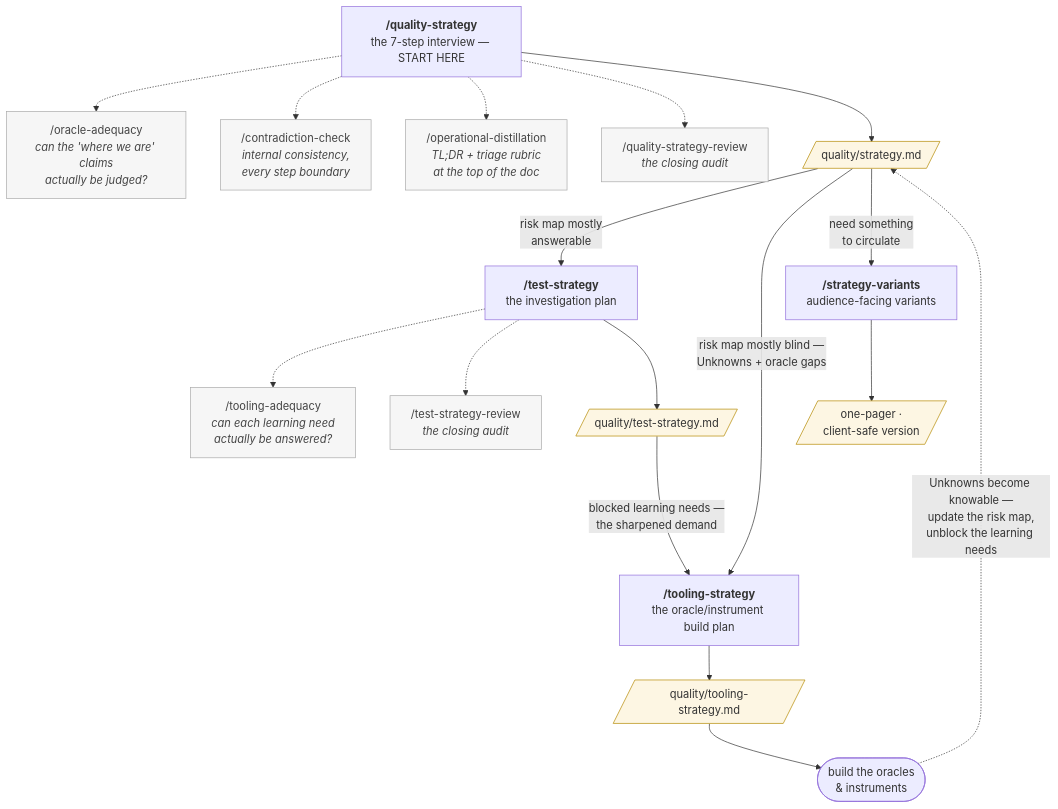
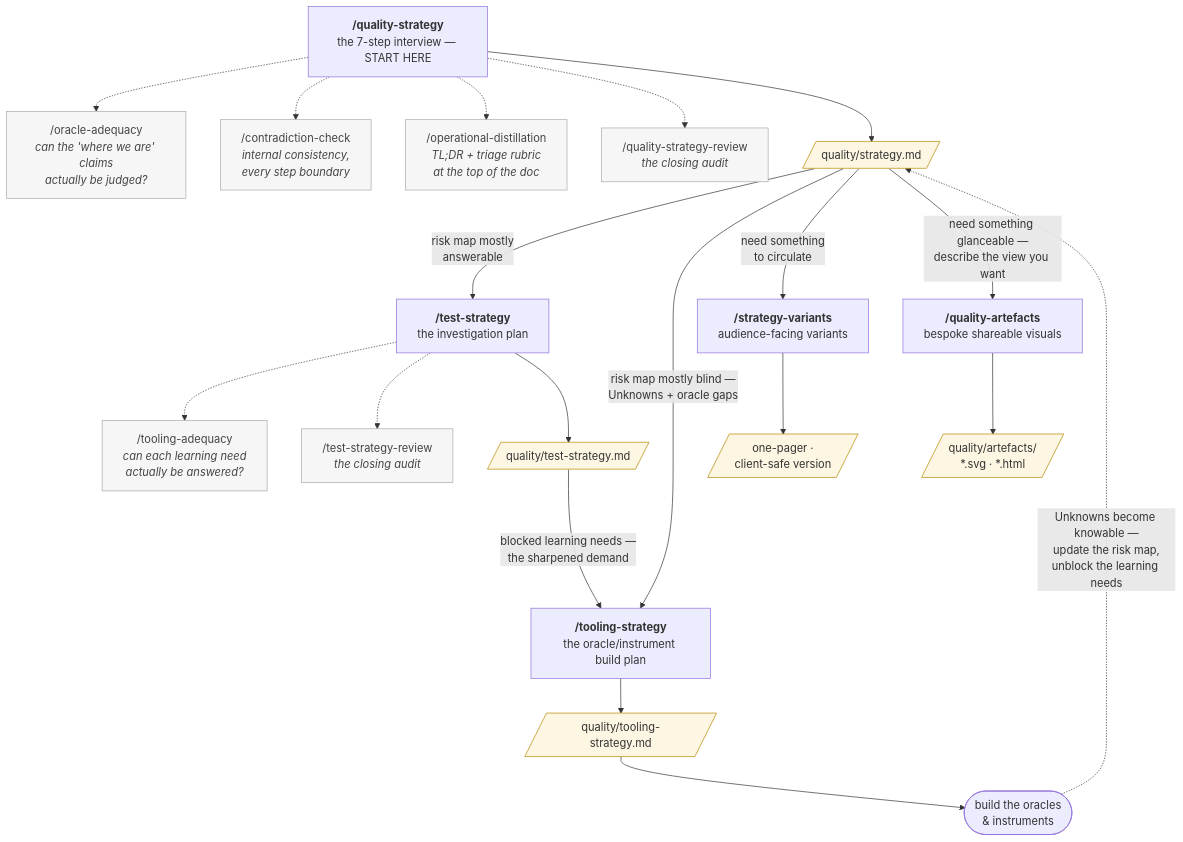
The diagram in README.md (tollens-ai/quality-strategy-skills), drawn with Mermaid before and after one commit. The commit also changed other lines of this file and 4 other files, not shown here.

Commit message:
docs: 0.3.0 — /quality-artefacts in README flow + diagram, SKILLS.md, ROADMAP promise → shipped

````diff
--- a/README.md
+++ b/README.md
@@ -31,44 +32,48 @@
 ```mermaid
 flowchart TD
     QS["<b>/quality-strategy</b><br/>the 7-step interview — START HERE"]
     OA["/oracle-adequacy<br/><i>can the 'where we are' claims<br/>actually be judged?</i>"]
     CC["/contradiction-check<br/><i>internal consistency,<br/>every step boundary</i>"]
     OD["/operational-distillation<br/><i>TL;DR + triage rubric<br/>at the top of the doc</i>"]
     QSR["/quality-strategy-review<br/><i>the closing audit</i>"]
     SDOC[/"quality/strategy.md"/]
     TS["<b>/test-strategy</b><br/>the investigation plan"]
     TA["/tooling-adequacy<br/><i>can each learning need<br/>actually be answered?</i>"]
     TSR["/test-strategy-review<br/><i>the closing audit</i>"]
     TDOC[/"quality/test-strategy.md"/]
     TOOL["<b>/tooling-strategy</b><br/>the oracle/instrument build plan"]
     ODOC[/"quality/tooling-strategy.md"/]
     SV["<b>/strategy-variants</b><br/>audience-facing variants"]
     VDOC[/"one-pager ·<br/>client-safe version"/]
+    QA["<b>/quality-artefacts</b><br/>bespoke shareable visuals"]
+    ADOC[/"quality/artefacts/<br/>*.svg · *.html"/]
     BUILD(["build the oracles<br/>& instruments"])
 
     QS -.-> OA
     QS -.-> CC
     QS -.-> OD
     QS -.-> QSR
     QS --> SDOC
 
     SDOC -->|"risk map mostly<br/>answerable"| TS
     SDOC -->|"risk map mostly blind —<br/>Unknowns + oracle gaps"| TOOL
     SDOC -->|"need something<br/>to circulate"| SV
+    SDOC -->|"need something glanceable —<br/>describe the view you want"| QA
 
     TS -.-> TA
     TS -.-> TSR
     TS --> TDOC
     TDOC -->|"blocked learning needs —<br/>the sharpened demand"| TOOL
 
     TOOL --> ODOC
     ODOC --> BUILD
     BUILD -.->|"Unknowns become knowable —<br/>update the risk map,<br/>unblock the learning needs"| SDOC
 
     SV --> VDOC
+    QA --> ADOC
 
     classDef sub fill:#f6f6f6,stroke:#aaaaaa,color:#444444
     class OA,CC,OD,QSR,TA,TSR sub
     classDef doc fill:#fdf6e3,stroke:#b58900,color:#333333
-    class SDOC,TDOC,ODOC,VDOC doc
+    class SDOC,TDOC,ODOC,VDOC,ADOC doc
 ```
````
